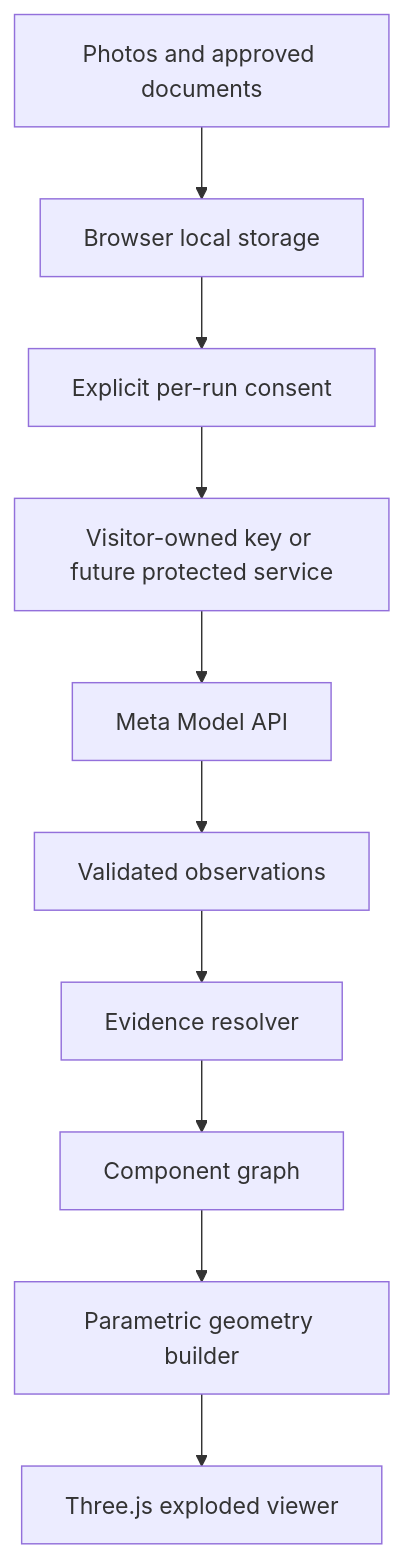
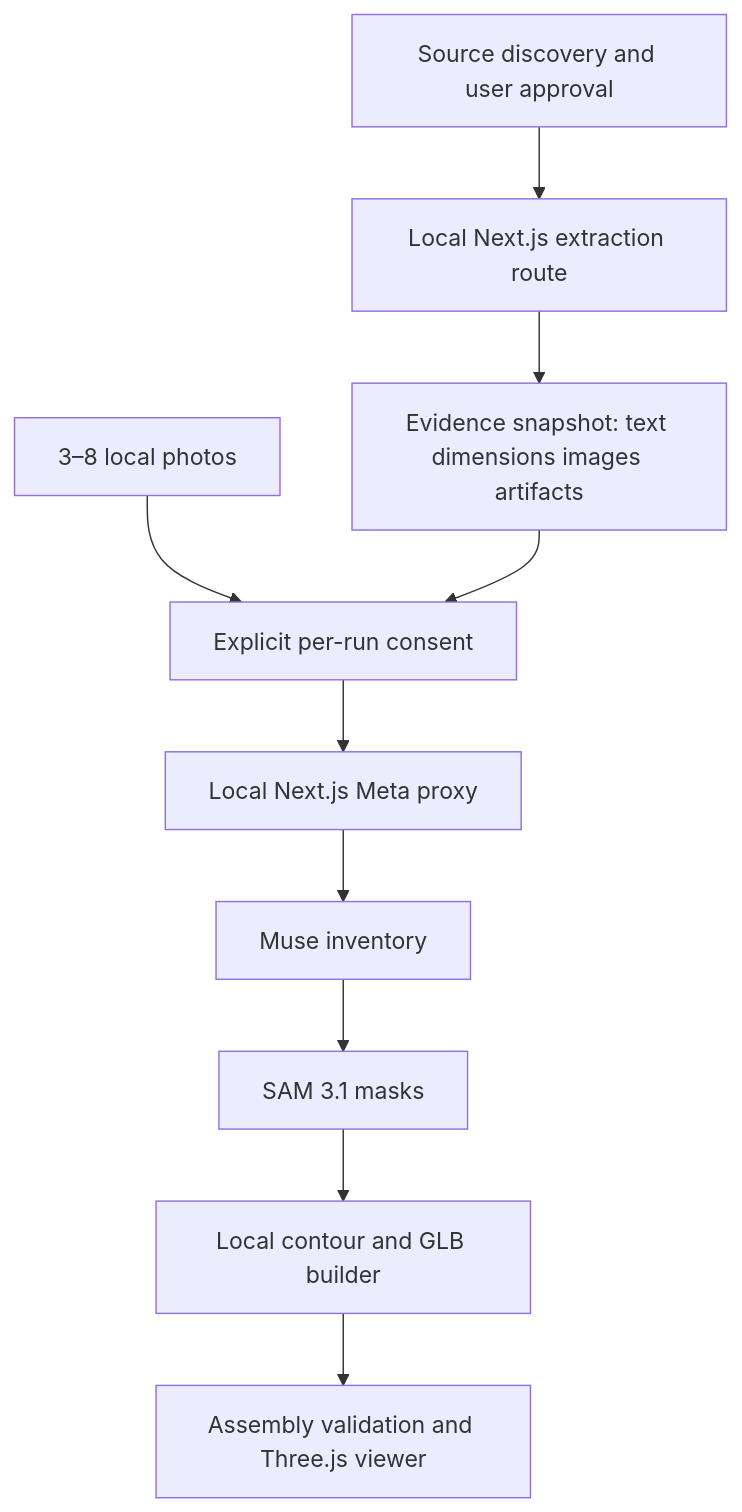
One commit to Cedric-Martz/EIDA changed the diagram in docs/architecture.md. Above: the diagram before and after it, drawn with Mermaid. The commit also changed other lines of this file and 88 other files, not shown here.

````diff
--- a/docs/architecture.md
+++ b/docs/architecture.md
@@ -7,12 +7,12 @@
 ```mermaid
 flowchart TD
-  A[Photos and approved documents] --> B[Browser local storage]
-  B --> C[Explicit per-run consent]
-  C --> D[Visitor-owned key or future protected service]
-  D --> E[Meta Model API]
-  E --> F[Validated observations]
-  F --> G[Evidence resolver]
-  G --> H[Component graph]
-  H --> I[Parametric geometry builder]
-  I --> J[Three.js exploded viewer]
+A[Source discovery and user approval] --> B[Local Next.js extraction route]
+B --> C[Evidence snapshot: text dimensions images artifacts]
+D[3–8 local photos] --> E[Explicit per-run consent]
+C --> E
+E --> F[Local Next.js Meta proxy]
+F --> G[Muse inventory]
+G --> H[SAM 3.1 masks]
+H --> I[Local contour and GLB builder]
+I --> J[Assembly validation and Three.js viewer]
 ```
````
